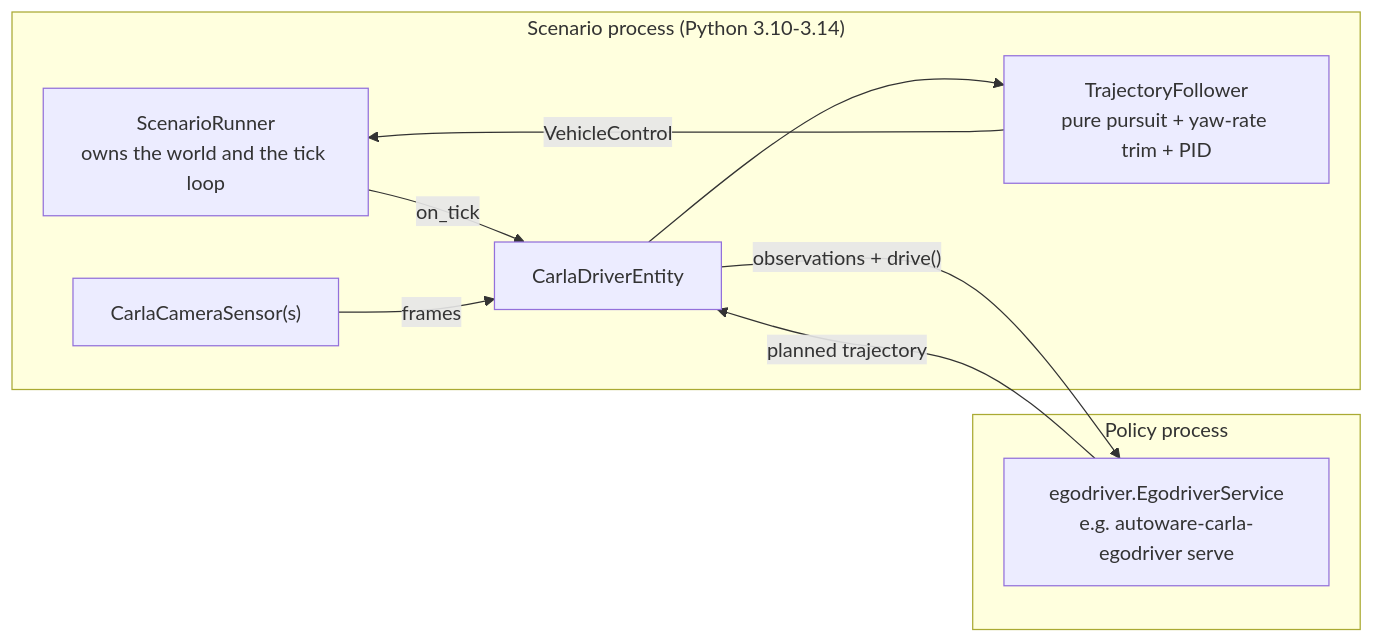
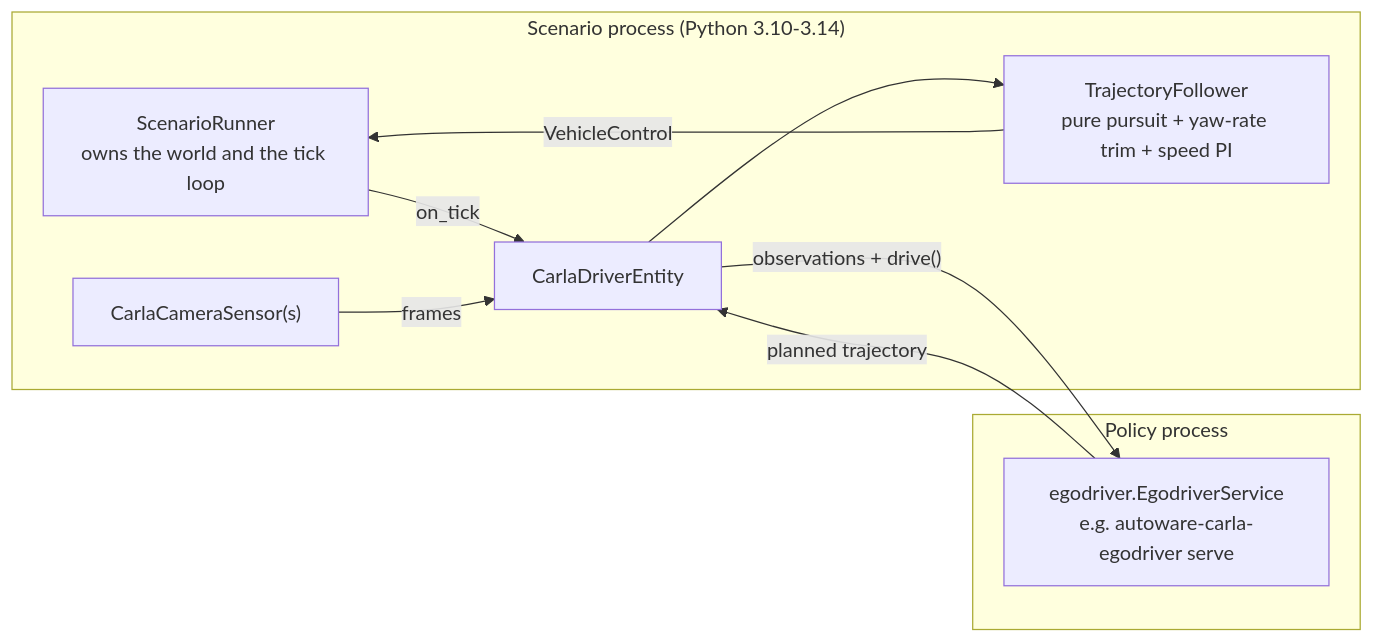
The diagram in autoware_carla_scenario/docs/driver_interface.md (autowarefoundation/autoware_carla_scenario), drawn with Mermaid before and after one commit. The commit also changed other lines of this file and 6 other files, not shown here.

````diff
--- a/autoware_carla_scenario/docs/driver_interface.md
+++ b/autoware_carla_scenario/docs/driver_interface.md
@@ -20,20 +20,20 @@
 ```mermaid
 flowchart LR
     subgraph scenario["Scenario process (Python 3.10-3.14)"]
         SR["ScenarioRunner<br/>owns the world and the tick loop"]
         CDE["CarlaDriverEntity"]
         CAM["CarlaCameraSensor(s)"]
-        TF["TrajectoryFollower<br/>pure pursuit + yaw-rate trim + PID"]
+        TF["TrajectoryFollower<br/>pure pursuit + yaw-rate trim + speed PI"]
         SR -->|on_tick| CDE
         CAM -->|frames| CDE
         CDE --> TF
         TF -->|VehicleControl| SR
     end
 
     subgraph policy["Policy process"]
         P["egodriver.EgodriverService<br/>e.g. autoware-carla-egodriver serve"]
     end
 
     CDE -->|"observations + drive()"| P
     P -->|"planned trajectory"| CDE
 ```
````
